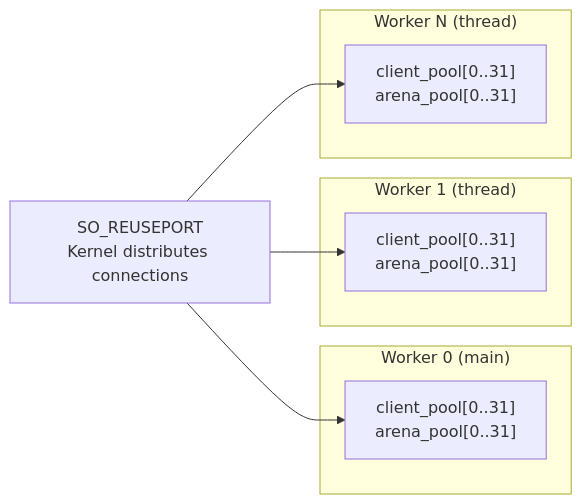
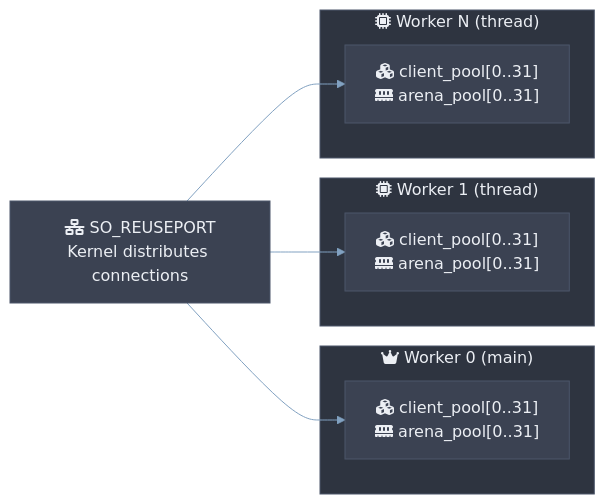
Before and after one commit to quintin-lee/csilk: the fourth of 9 diagrams in docs/module-design/server.md, drawn with Mermaid. The commit also changed other lines of this file and 30 other files, not shown here.

Commit message:
docs(docs): 📝 apply Nord Mermaid theme, RFC 2119 keywords, and quantified metrics to all docs

````diff
--- a/docs/module-design/server.md
+++ b/docs/module-design/server.md
@@ -196,16 +240,38 @@
 ```mermaid
+%%{init: {
+  'theme': 'base',
+  'themeVariables': {
+    'background': '#2E3440',
+    'primaryColor': '#81A1C1',
+    'primaryBorderColor': '#4C566A',
+    'primaryTextColor': '#ECEFF4',
+    'secondaryColor': '#3B4252',
+    'secondaryBorderColor': '#434C5E',
+    'secondaryTextColor': '#D8DEE9',
+    'lineColor': '#81A1C1',
+    'textColor': '#ECEFF4',
+    'mainBkg': '#3B4252',
+    'nodeBorder': '#4C566A',
+    'clusterBkg': '#2E3440',
+    'clusterBorder': '#4C566A',
+    'titleColor': '#ECEFF4',
+    'edgeLabelBackground': '#3B4252',
+    'nodeTextColor': '#ECEFF4'
+  },
+  'flowchart': {'htmlLabels': true, 'curve': 'basis'}
+}}%%
 flowchart LR
-    subgraph "Worker 0 (main)"
-        W0P["client_pool[0..31]<br/>arena_pool[0..31]"]
+    subgraph worker0["fa:fa-crown Worker 0 (main)"]
+        W0P["fa:fa-cubes client_pool[0..31]<br/>fa:fa-memory arena_pool[0..31]"]
     end
-    subgraph "Worker 1 (thread)"
-        W1P["client_pool[0..31]<br/>arena_pool[0..31]"]
+    subgraph worker1["fa:fa-microchip Worker 1 (thread)"]
+        W1P["fa:fa-cubes client_pool[0..31]<br/>fa:fa-memory arena_pool[0..31]"]
     end
-    subgraph "Worker N (thread)"
-        WNP["client_pool[0..31]<br/>arena_pool[0..31]"]
+    subgraph workerN["fa:fa-microchip Worker N (thread)"]
+        WNP["fa:fa-cubes client_pool[0..31]<br/>fa:fa-memory arena_pool[0..31]"]
     end
-    SO["SO_REUSEPORT<br/>Kernel distributes connections"]
+    SO["fa:fa-network-wired SO_REUSEPORT<br/>Kernel distributes connections"]
     SO --> W0P
     SO --> W1P
     SO --> WNP
 ```
````
